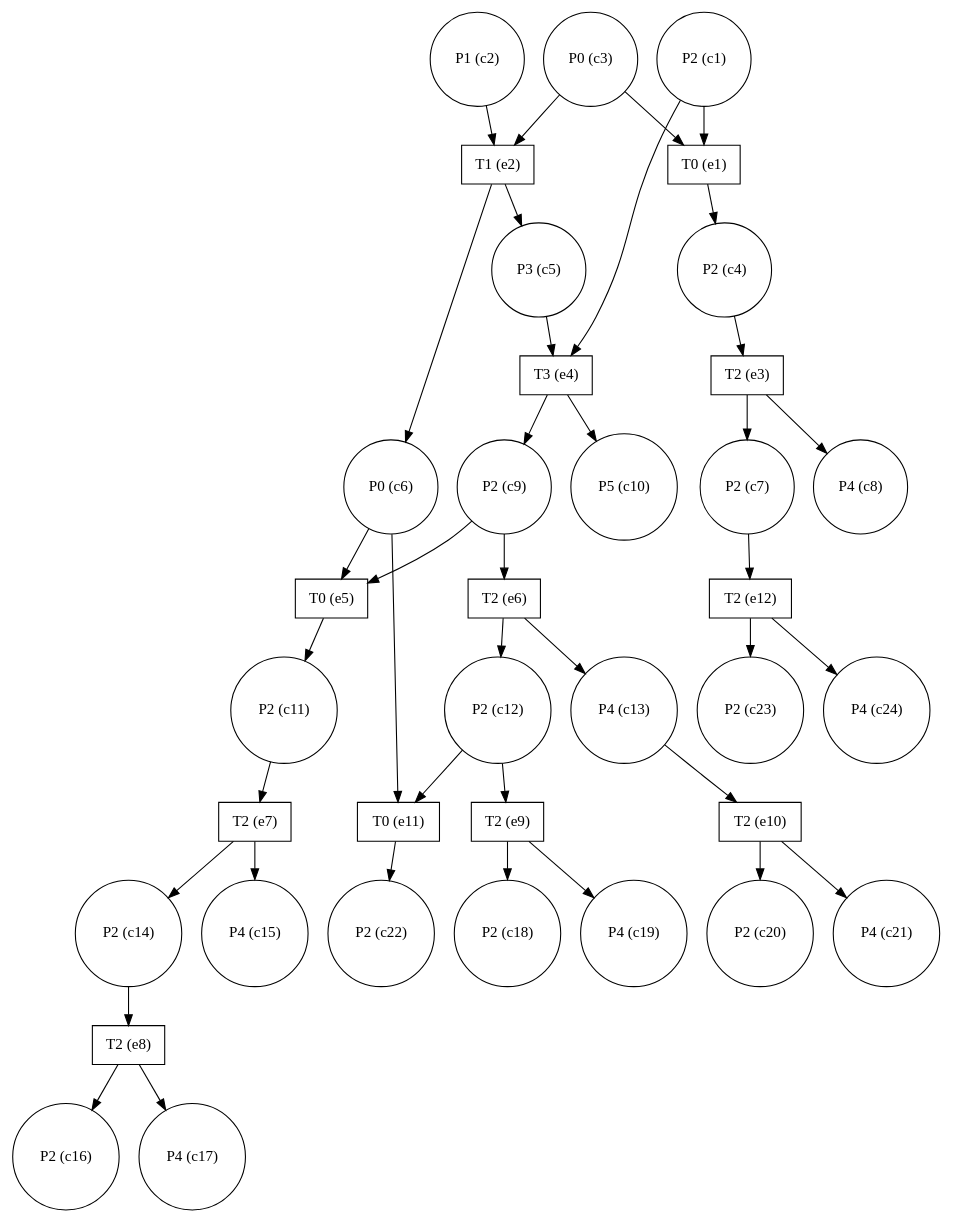
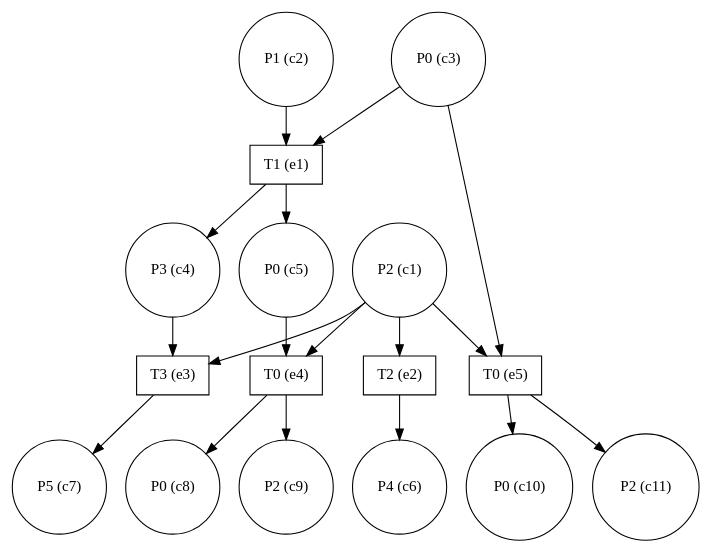
Before and after one commit to giannkas/ecofolder: the diagram in small_eg.dot, drawn with Graphviz. The commit also changed 13 other files, not shown here.

```diff
--- a/small_eg.dot
+++ b/small_eg.dot
@@ -1,76 +1,35 @@
 digraph test {
+  c1 -> e3;
   c1 -> e4;
-  c1 -> e1;
-  c2 -> e2;
-  c3 -> e2;
+  c1 -> e2;
+  c1 -> e5;
+  c2 -> e1;
   c3 -> e1;
+  c3 -> e5;
   e1 -> c4;
   c4 -> e3;
-  e2 -> c5;
+  e1 -> c5;
   c5 -> e4;
   e2 -> c6;
-  c6 -> e11;
-  c6 -> e5;
   e3 -> c7;
-  c7 -> e12;
-  e3 -> c8;
+  e4 -> c8;
   e4 -> c9;
-  c9 -> e6;
-  c9 -> e5;
-  e4 -> c10;
+  e5 -> c10;
   e5 -> c11;
-  c11 -> e7;
-  e6 -> c12;
-  c12 -> e9;
-  c12 -> e11;
-  e6 -> c13;
-  c13 -> e10;
-  e7 -> c14;
-  c14 -> e8;
-  e7 -> c15;
-  e8 -> c16;
-  e8 -> c17;
-  e9 -> c18;
-  e9 -> c19;
-  e10 -> c20;
-  e10 -> c21;
-  e11 -> c22;
-  e12 -> c23;
-  e12 -> c24;
   c1 [label="P2 (c1)" shape=circle];
   c2 [label="P1 (c2)" shape=circle];
   c3 [label="P0 (c3)" shape=circle];
-  c4 [label="P2 (c4)" shape=circle];
-  c5 [label="P3 (c5)" shape=circle];
-  c6 [label="P0 (c6)" shape=circle];
-  c7 [label="P2 (c7)" shape=circle];
-  c8 [label="P4 (c8)" shape=circle];
+  c4 [label="P3 (c4)" shape=circle];
+  c5 [label="P0 (c5)" shape=circle];
+  c6 [label="P4 (c6)" shape=circle];
+  c7 [label="P5 (c7)" shape=circle];
+  c8 [label="P0 (c8)" shape=circle];
   c9 [label="P2 (c9)" shape=circle];
-  c10 [label="P5 (c10)" shape=circle];
+  c10 [label="P0 (c10)" shape=circle];
   c11 [label="P2 (c11)" shape=circle];
-  c12 [label="P2 (c12)" shape=circle];
-  c13 [label="P4 (c13)" shape=circle];
-  c14 [label="P2 (c14)" shape=circle];
-  c15 [label="P4 (c15)" shape=circle];
-  c16 [label="P2 (c16)" shape=circle];
-  c17 [label="P4 (c17)" shape=circle];
-  c18 [label="P2 (c18)" shape=circle];
-  c19 [label="P4 (c19)" shape=circle];
-  c20 [label="P2 (c20)" shape=circle];
-  c21 [label="P4 (c21)" shape=circle];
-  c22 [label="P2 (c22)" shape=circle];
-  c23 [label="P2 (c23)" shape=circle];
-  c24 [label="P4 (c24)" shape=circle];
-  e1 [label="T0 (e1)" shape=box];
-  e2 [label="T1 (e2)" shape=box];
-  e3 [label="T2 (e3)" shape=box];
-  e4 [label="T3 (e4)" shape=box];
+  e1 [label="T1 (e1)" shape=box];
+  e2 [label="T2 (e2)" shape=box];
+  e3 [label="T3 (e3)" shape=box];
+  e4 [label="T0 (e4)" shape=box];
   e5 [label="T0 (e5)" shape=box];
-  e6 [label="T2 (e6)" shape=box];
-  e7 [label="T2 (e7)" shape=box];
-  e8 [label="T2 (e8)" shape=box];
-  e9 [label="T2 (e9)" shape=box];
-  e10 [label="T2 (e10)" shape=box];
-  e11 [label="T0 (e11)" shape=box];
-  e12 [label="T2 (e12)" shape=box];
 }
```
